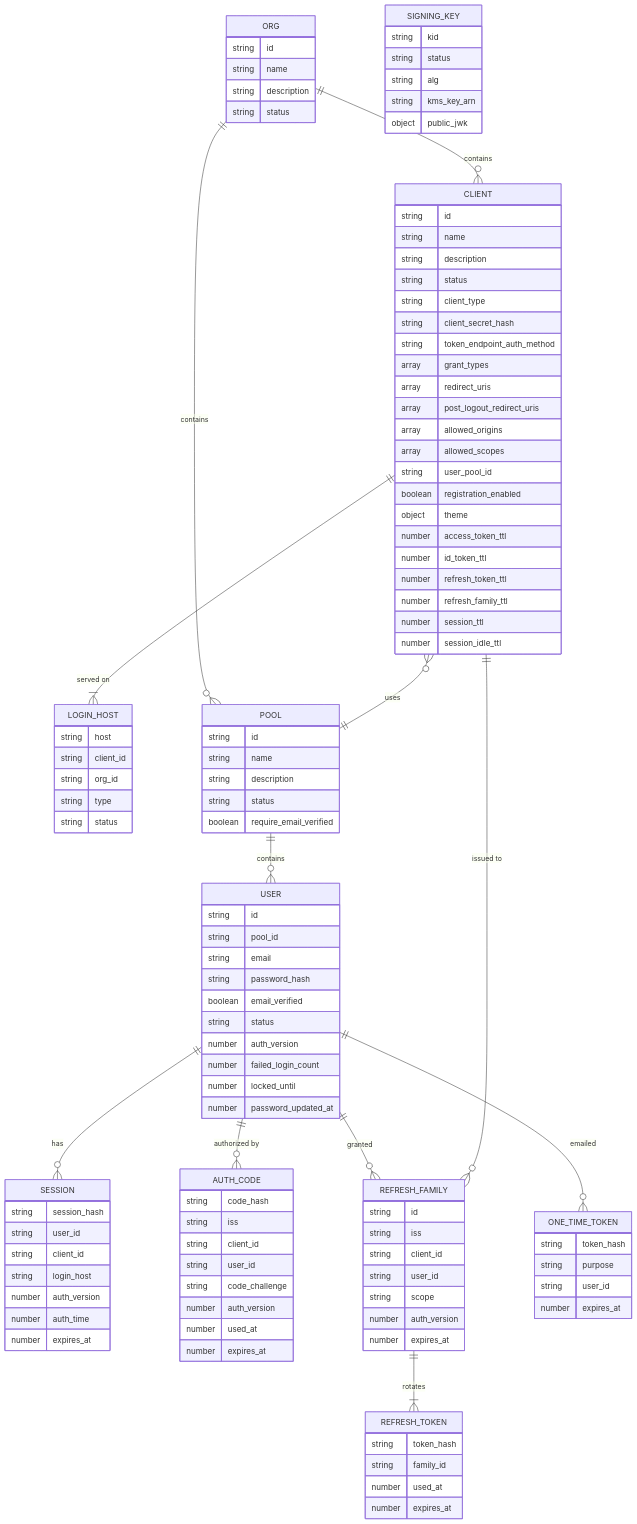
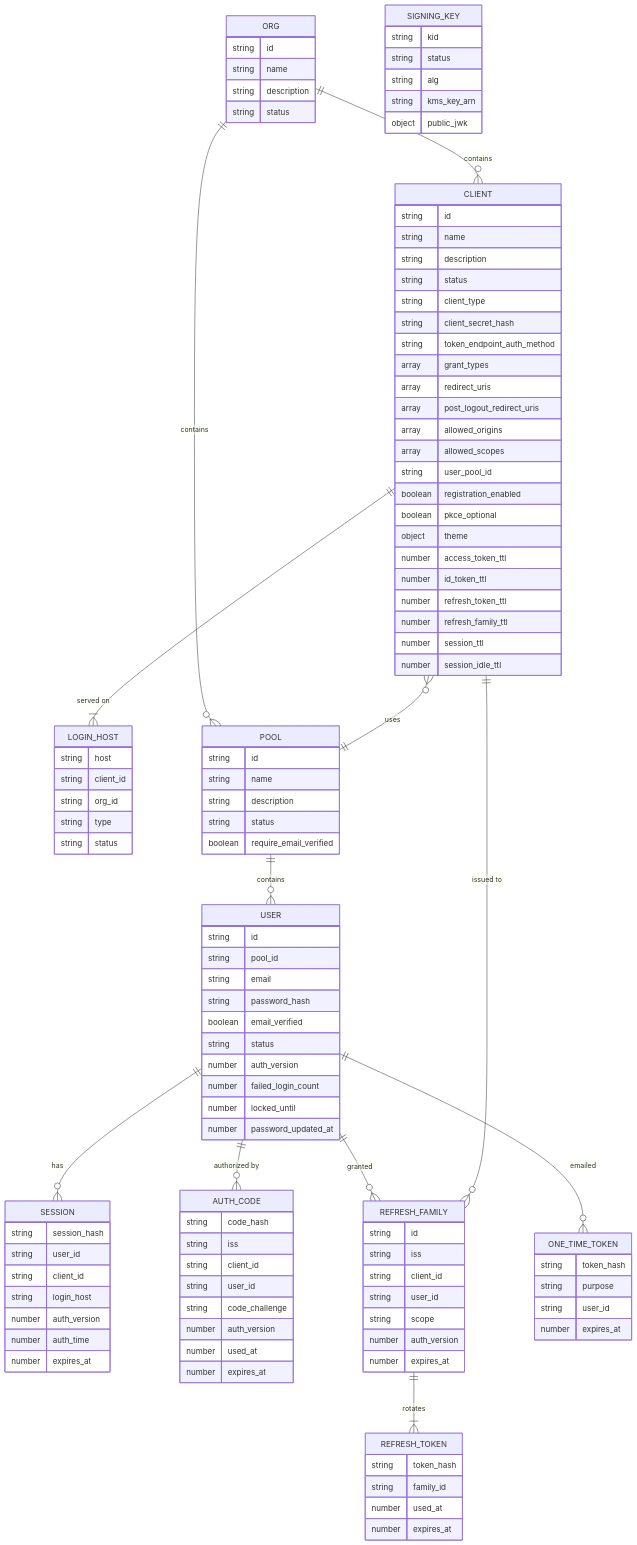
One commit to litelogin/litelogin changed the diagram in Datamodel.md. Above: the diagram before and after it, drawn with Mermaid. The commit also changed other lines of this file and 11 other files, not shown here.

```diff
--- a/Datamodel.md
+++ b/Datamodel.md
@@ -28,6 +28,7 @@
         array allowed_scopes
         string user_pool_id
         boolean registration_enabled
+        boolean pkce_optional
         object theme
         number access_token_ttl
         number id_token_ttl
```
